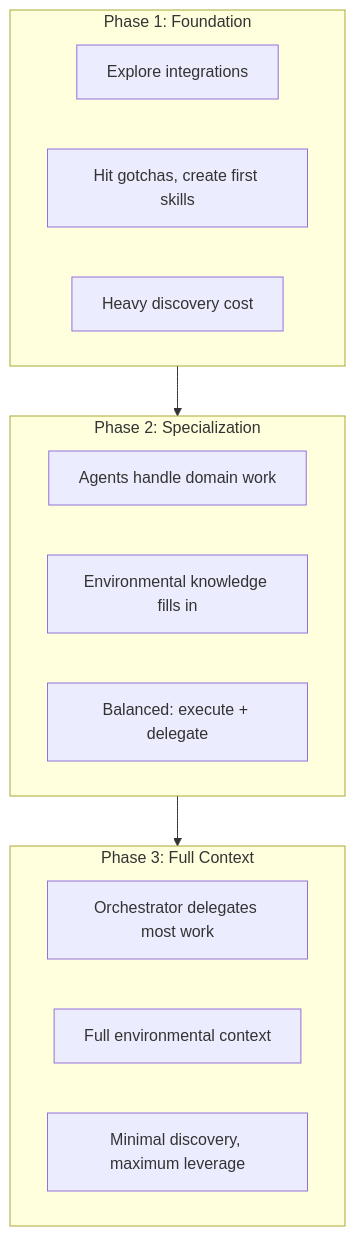
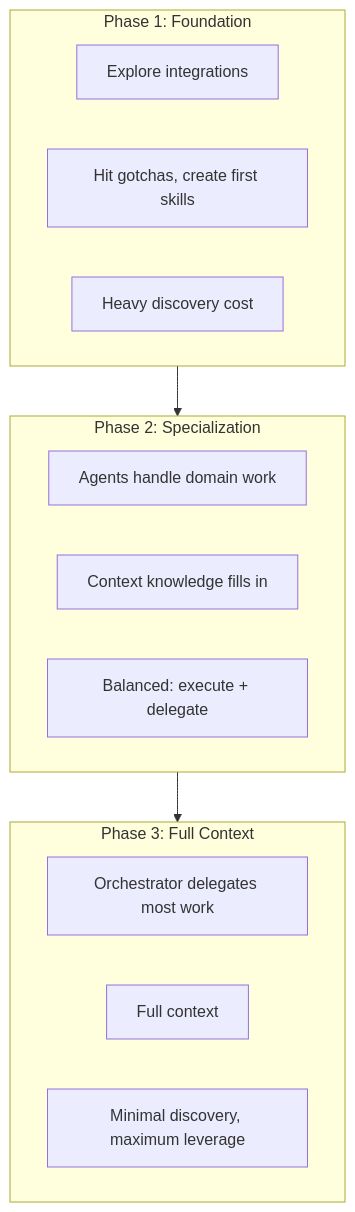
One commit to lorehq/lore-docs changed the fifth of 5 diagrams in docs/how-it-works.md. Above: the diagram before and after it, drawn with Mermaid. The commit also changed other lines of this file and 4 other files, not shown here.

````diff
--- a/docs/how-it-works.md
+++ b/docs/how-it-works.md
@@ -129,22 +129,22 @@
 ```mermaid
 flowchart TB
     subgraph P1["Phase 1: Foundation"]
         P1a[Explore integrations]
         P1b[Hit gotchas, create first skills]
         P1c["Heavy discovery cost"]
     end
 
     subgraph P2["Phase 2: Specialization"]
         P2a[Agents handle domain work]
-        P2b[Environmental knowledge fills in]
+        P2b[Context knowledge fills in]
         P2c["Balanced: execute + delegate"]
     end
 
     subgraph P3["Phase 3: Full Context"]
         P3a[Orchestrator delegates most work]
-        P3b[Full environmental context]
+        P3b[Full context]
         P3c["Minimal discovery, maximum leverage"]
     end
 
     P1 --> P2 --> P3
 ```
````
